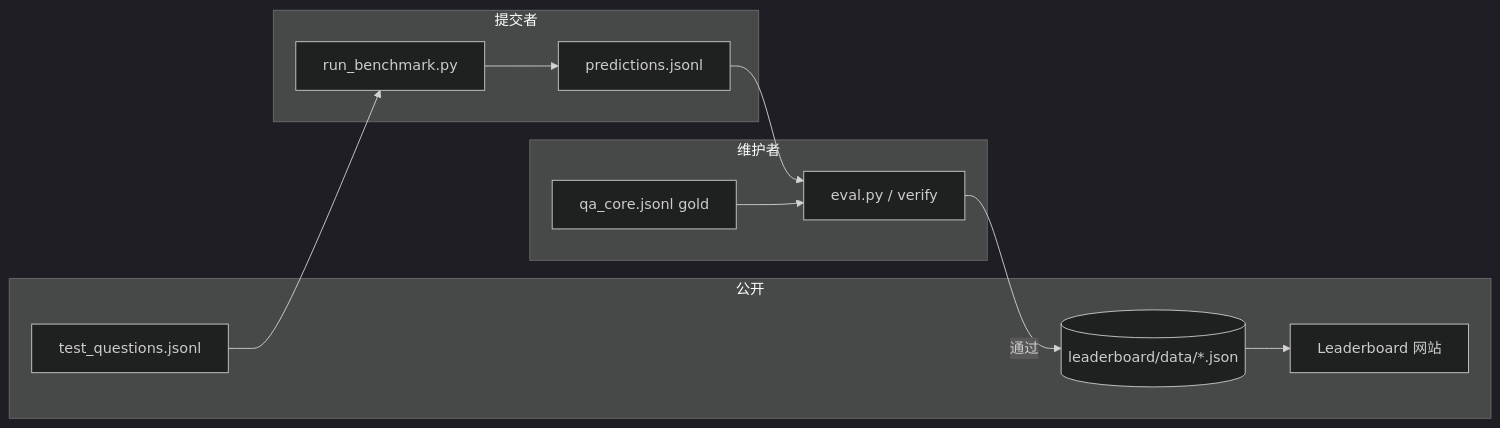
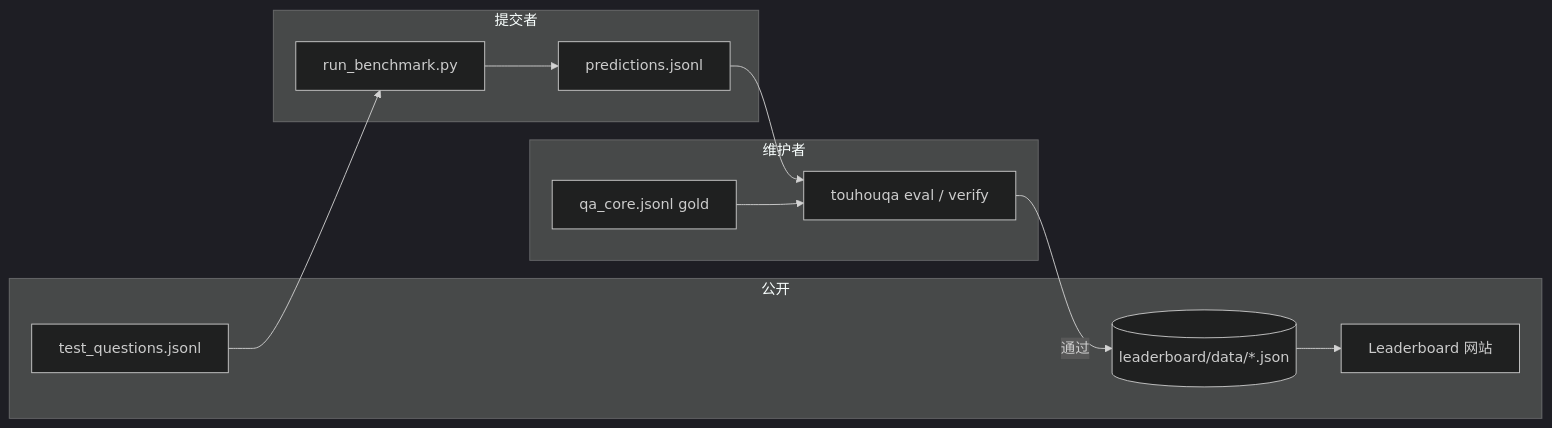
One commit to kabu1204/touhouqa changed the diagram in docs/LEADERBOARD.md. Above: the diagram before and after it, drawn with Mermaid (dark theme). The commit also changed other lines of this file and 33 other files, not shown here.

````diff
--- a/docs/LEADERBOARD.md
+++ b/docs/LEADERBOARD.md
@@ -25,25 +25,25 @@
 ```mermaid
 flowchart LR
   subgraph public [公开]
     Q[test_questions.jsonl]
     Web[Leaderboard 网站]
     LB[(leaderboard/data/*.json)]
   end
 
   subgraph maintainer [维护者]
     G[qa_core.jsonl gold]
-    E[eval.py / verify]
+    E[touhouqa eval / verify]
   end
 
   subgraph submitter [提交者]
     R[run_benchmark.py]
     P[predictions.jsonl]
   end
 
   Q --> R
   R --> P
   P --> E
   G --> E
   E -->|通过| LB
   LB --> Web
 ```
````
